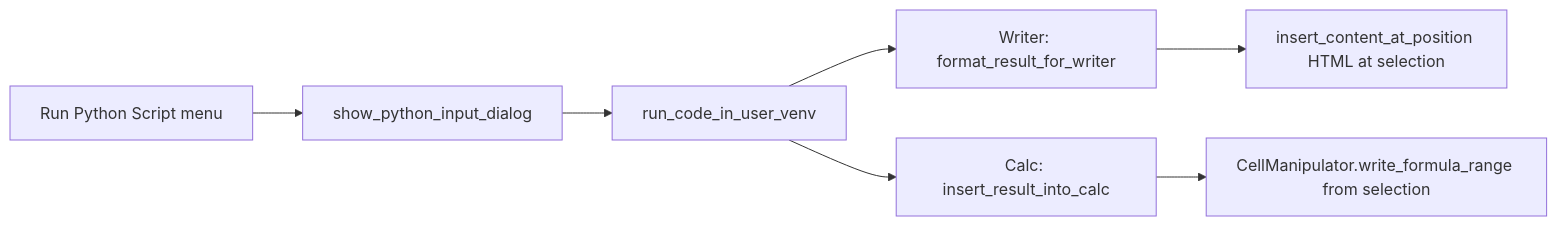
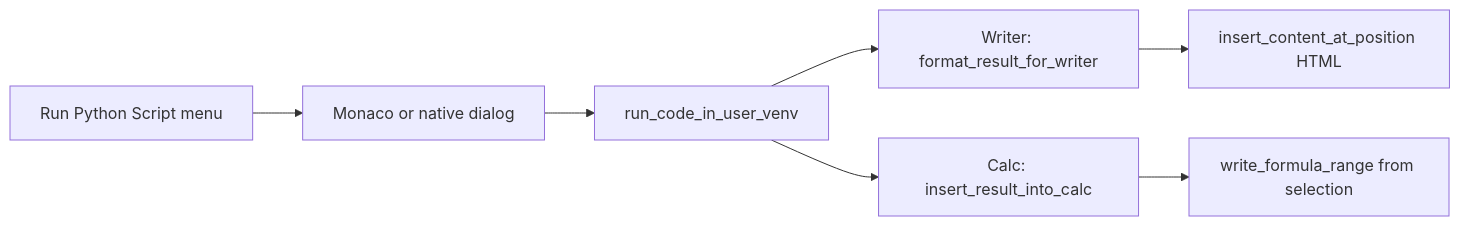
One commit to KeithCu/writeragent changed the fourth of 9 diagrams in docs/libreoffice-core-python-extension-split.md. Above: the diagram before and after it, drawn with Mermaid. The commit also changed other lines of this file and 12 other files, not shown here.

````diff
--- a/docs/libreoffice-core-python-extension-split.md
+++ b/docs/libreoffice-core-python-extension-split.md
@@ -296,13 +276,13 @@
 ```mermaid
 flowchart LR
   menu[Run Python Script menu]
-  dlg[show_python_input_dialog]
+  dlg[Monaco or native dialog]
   venv[run_code_in_user_venv]
   w[Writer: format_result_for_writer]
-  insW[insert_content_at_position HTML at selection]
+  insW[insert_content_at_position HTML]
   c[Calc: insert_result_into_calc]
-  insC[CellManipulator.write_formula_range from selection]
+  insC[write_formula_range from selection]
   menu --> dlg --> venv
   venv --> w --> insW
   venv --> c --> insC
 ```
````
